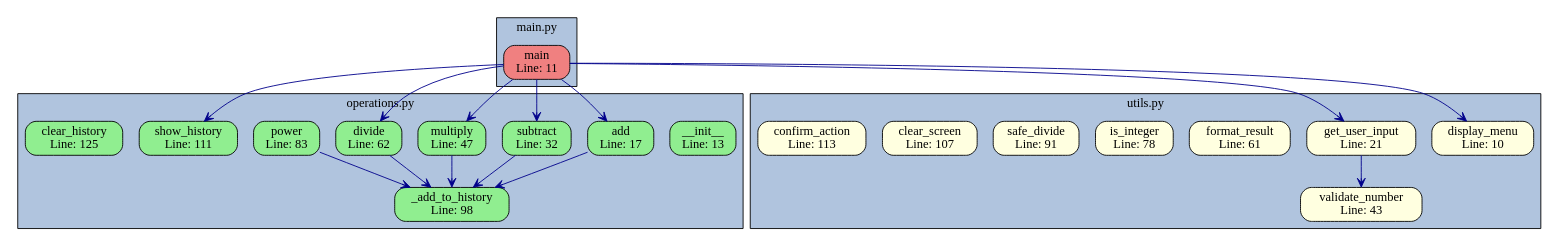
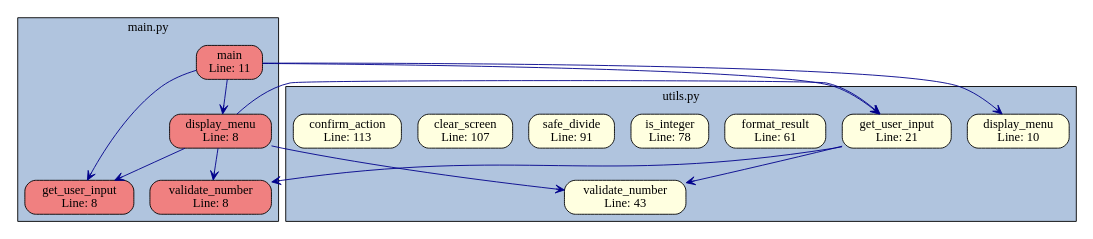
One commit to sona78/LSP-Parser changed the diagram in artifacts/code_call_graph.dot. Above: the diagram before and after it, drawn with Graphviz. The commit also changed 5 other files, not shown here.

```diff
--- a/artifacts/code_call_graph.dot
+++ b/artifacts/code_call_graph.dot
@@ -1,56 +1,41 @@
 digraph CodeCallGraph {
     rankdir=TB;
     node [shape=box, style="rounded,filled"];
     edge [color=darkblue, arrowhead=vee];
 
     subgraph cluster_main_py {
         label="main.py";
         style=filled;
         fillcolor=lightsteelblue;
+        "display_menu_main_py" [label="display_menu\nLine: 8", fillcolor=lightcoral];
+        "get_user_input_main_py" [label="get_user_input\nLine: 8", fillcolor=lightcoral];
+        "validate_number_main_py" [label="validate_number\nLine: 8", fillcolor=lightcoral];
         "main_main_py" [label="main\nLine: 11", fillcolor=lightcoral];
-    }
-
-    subgraph cluster_operations_py {
-        label="operations.py";
-        style=filled;
-        fillcolor=lightsteelblue;
-        "__init___operations_py" [label="__init__\nLine: 13", fillcolor=lightgreen];
-        "add_operations_py" [label="add\nLine: 17", fillcolor=lightgreen];
-        "subtract_operations_py" [label="subtract\nLine: 32", fillcolor=lightgreen];
-        "multiply_operations_py" [label="multiply\nLine: 47", fillcolor=lightgreen];
-        "divide_operations_py" [label="divide\nLine: 62", fillcolor=lightgreen];
-        "power_operations_py" [label="power\nLine: 83", fillcolor=lightgreen];
-        "_add_to_history_operations_py" [label="_add_to_history\nLine: 98", fillcolor=lightgreen];
-        "show_history_operations_py" [label="show_history\nLine: 111", fillcolor=lightgreen];
-        "clear_history_operations_py" [label="clear_history\nLine: 125", fillcolor=lightgreen];
     }
 
     subgraph cluster_utils_py {
         label="utils.py";
         style=filled;
         fillcolor=lightsteelblue;
         "display_menu_utils_py" [label="display_menu\nLine: 10", fillcolor=lightyellow];
         "get_user_input_utils_py" [label="get_user_input\nLine: 21", fillcolor=lightyellow];
         "validate_number_utils_py" [label="validate_number\nLine: 43", fillcolor=lightyellow];
         "format_result_utils_py" [label="format_result\nLine: 61", fillcolor=lightyellow];
         "is_integer_utils_py" [label="is_integer\nLine: 78", fillcolor=lightyellow];
         "safe_divide_utils_py" [label="safe_divide\nLine: 91", fillcolor=lightyellow];
         "clear_screen_utils_py" [label="clear_screen\nLine: 107", fillcolor=lightyellow];
         "confirm_action_utils_py" [label="confirm_action\nLine: 113", fillcolor=lightyellow];
     }
 
     // Function call relationships
-    "main_main_py" -> "add_operations_py";
-    "main_main_py" -> "subtract_operations_py";
-    "main_main_py" -> "multiply_operations_py";
-    "main_main_py" -> "divide_operations_py";
-    "main_main_py" -> "show_history_operations_py";
+    "main_main_py" -> "display_menu_main_py";
+    "display_menu_main_py" -> "get_user_input_main_py";
+    "main_main_py" -> "get_user_input_main_py";
+    "display_menu_main_py" -> "validate_number_main_py";
+    "get_user_input_utils_py" -> "validate_number_main_py";
     "main_main_py" -> "display_menu_utils_py";
+    "display_menu_main_py" -> "get_user_input_utils_py";
     "main_main_py" -> "get_user_input_utils_py";
-    "add_operations_py" -> "_add_to_history_operations_py";
-    "subtract_operations_py" -> "_add_to_history_operations_py";
-    "multiply_operations_py" -> "_add_to_history_operations_py";
-    "divide_operations_py" -> "_add_to_history_operations_py";
-    "power_operations_py" -> "_add_to_history_operations_py";
+    "display_menu_main_py" -> "validate_number_utils_py";
     "get_user_input_utils_py" -> "validate_number_utils_py";
 }
```
